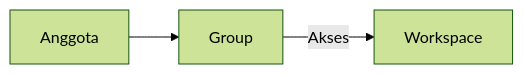
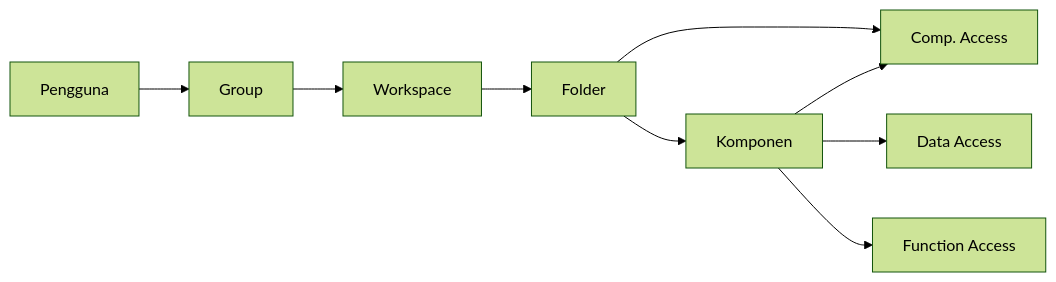
Before and after one commit to ginalne/phoenix-docs: the diagram in Docs/Modul Developer/Workspace/Apa itu Workspace.md, drawn with Mermaid (forest theme). The commit also changed other lines of this file and 1 other file, not shown here.

````diff
--- a/Docs/Modul Developer/Workspace/Apa itu Workspace.md
+++ b/Docs/Modul Developer/Workspace/Apa itu Workspace.md
@@ -38,5 +34,11 @@
 ```mermaid
 flowchart LR
-    A[Anggota] --> B[Group]
-    B -->|Akses| C[Workspace]
+    U[Pengguna] --> G[Group]
+    G --> W[Workspace]
+    W --> F[Folder]
+    F --> K[Komponen]
+    F --> C[Comp. Access]
+    K --> C
+    K --> D[Data Access]
+    K --> FN[Function Access]
 ```
````
